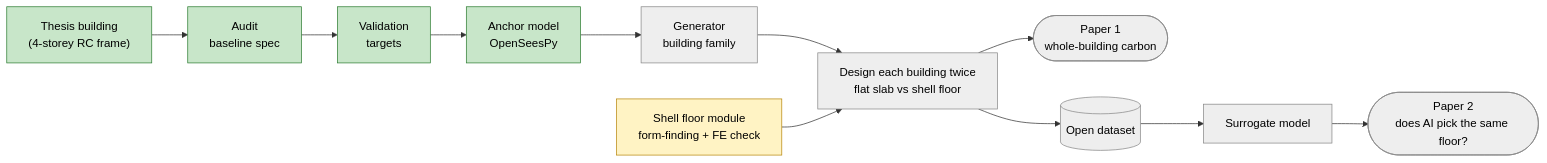
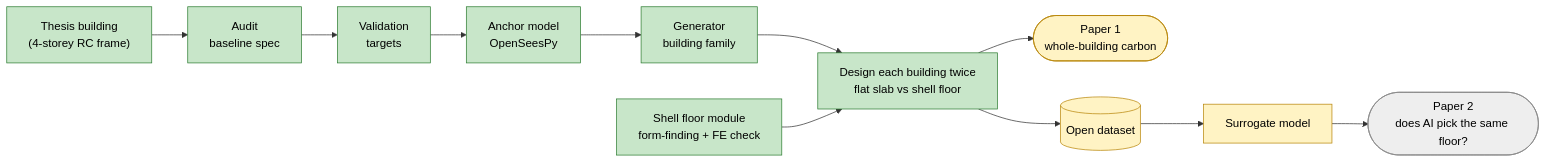
The diagram in README.md (syednafizreja/ShellBench), drawn with Mermaid before and after one commit. The commit also changed other lines of this file and 1 other file, not shown here.

````diff
--- a/README.md
+++ b/README.md
@@ -33,19 +44,19 @@
 ```mermaid
 flowchart LR
     T["Thesis building<br/>(4-storey RC frame)"] --> A["Audit<br/>baseline spec"]
     A --> V["Validation<br/>targets"]
     V --> M["Anchor model<br/>OpenSeesPy"]
     M --> G["Generator<br/>building family"]
     G --> F["Design each building twice<br/>flat slab vs shell floor"]
     S["Shell floor module<br/>form-finding + FE check"] --> F
     F --> P1(["Paper 1<br/>whole-building carbon"])
     F --> D[("Open dataset")]
     D --> AI["Surrogate model"] --> P2(["Paper 2<br/>does AI pick the same floor?"])
 
     classDef done fill:#c8e6c9,stroke:#2e7d32,color:#000;
     classDef doing fill:#fff3c4,stroke:#b8860b,color:#000;
     classDef todo fill:#eeeeee,stroke:#888,color:#000;
-    class T,A,V,M done;
-    class S doing;
-    class G,F,D,AI,P1,P2 todo;
+    class T,A,V,M,G,S,F done;
+    class D,AI,P1 doing;
+    class P2 todo;
 ```
````
